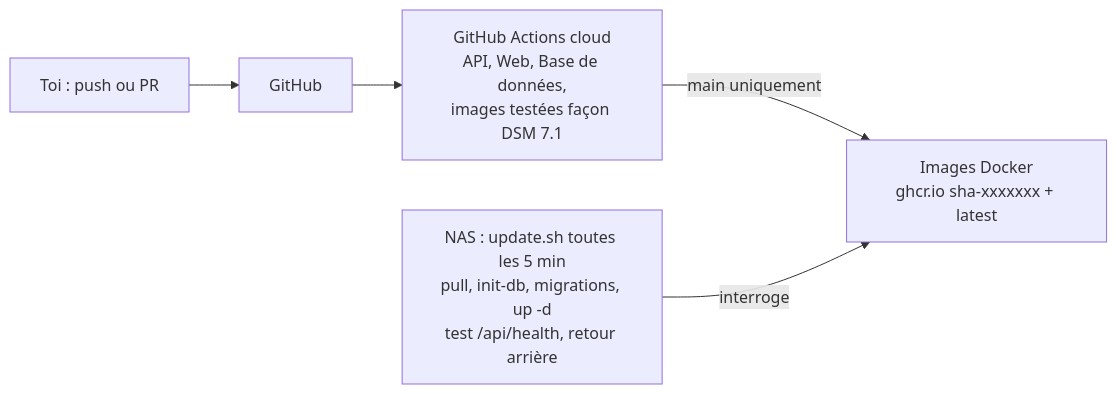
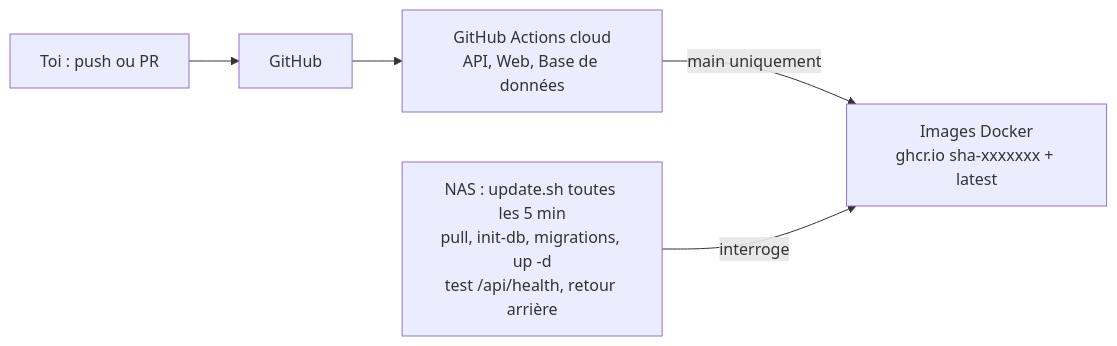
One commit to JeanLaurain/carnet-de-salle changed the second of 2 diagrams in docs/architecture.md. Above: the diagram before and after it, drawn with Mermaid. The commit also changed other lines of this file and 12 other files, not shown here.

````diff
--- a/docs/architecture.md
+++ b/docs/architecture.md
@@ -39,7 +39,7 @@
 ```mermaid
 flowchart LR
     DEV[Toi : push ou PR] --> GH[GitHub]
-    GH --> CI[GitHub Actions cloud<br/>API, Web, Base de données,<br/>images testées façon DSM 7.1]
+    GH --> CI[GitHub Actions cloud<br/>API, Web, Base de données]
     CI -->|main uniquement| IMG[Images Docker<br/>ghcr.io sha-xxxxxxx + latest]
     NAS[NAS : update.sh toutes les 5 min<br/>pull, init-db, migrations, up -d<br/>test /api/health, retour arrière] -->|interroge| IMG
 ```
````
